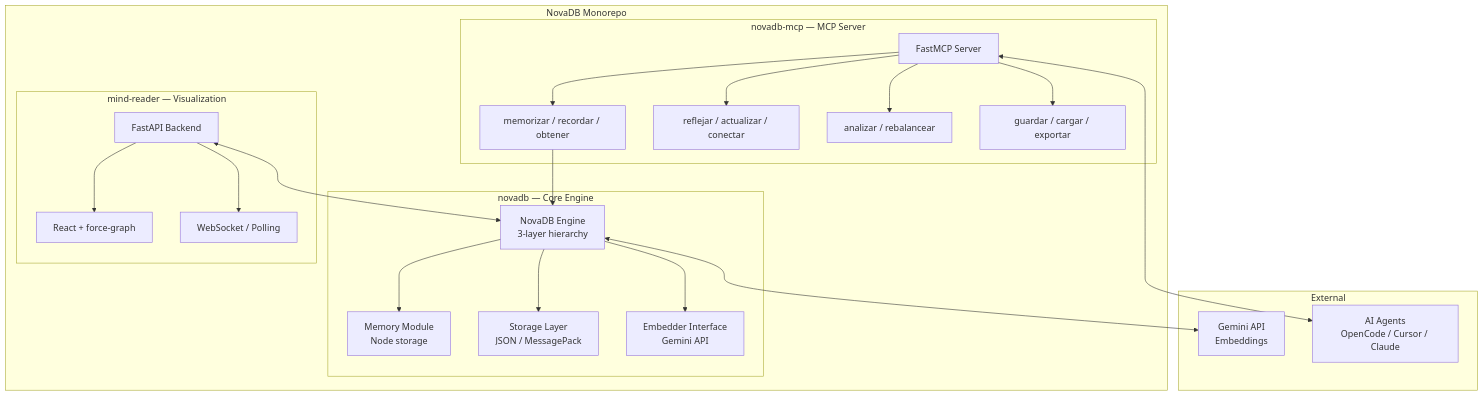
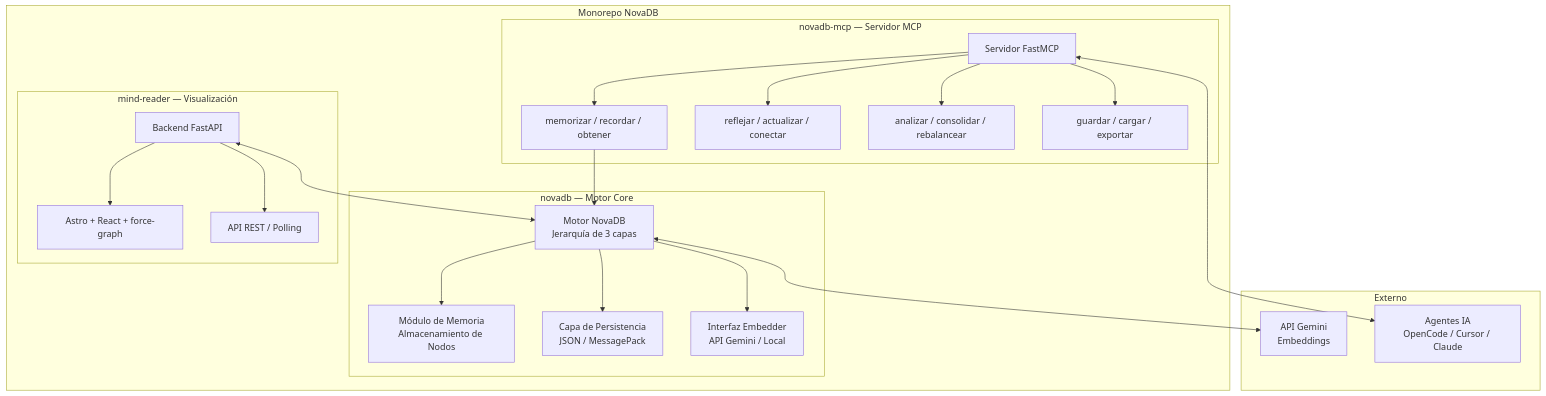
The first of 3 diagrams in docs/architecture.md (risaavedraf/NovaDB), drawn with Mermaid before and after one commit. The commit also changed other lines of this file and 8 other files, not shown here.

````diff
--- a/docs/architecture.md
+++ b/docs/architecture.md
@@ -5,44 +5,44 @@
 ```mermaid
 graph TB
-    subgraph "NovaDB Monorepo"
-        subgraph "novadb — Core Engine"
-            CORE[NovaDB Engine<br/>3-layer hierarchy]
-            MEM[Memory Module<br/>Node storage]
-            STORE[Storage Layer<br/>JSON / MessagePack]
-            EMBED[Embedder Interface<br/>Gemini API]
+    subgraph "Monorepo NovaDB"
+        subgraph "novadb — Motor Core"
+            CORE[Motor NovaDB<br/>Jerarquía de 3 capas]
+            MEM[Módulo de Memoria<br/>Almacenamiento de Nodos]
+            STORE[Capa de Persistencia<br/>JSON / MessagePack]
+            EMBED[Interfaz Embedder<br/>API Gemini / Local]
             CORE --> MEM
             CORE --> STORE
             CORE --> EMBED
         end
 
-        subgraph "novadb-mcp — MCP Server"
-            MCP[FastMCP Server]
+        subgraph "novadb-mcp — Servidor MCP"
+            MCP[Servidor FastMCP]
             TMEM[memorizar / recordar / obtener]
             TCTX[reflejar / actualizar / conectar]
-            TSYS[analizar / rebalancear]
+            TSYS[analizar / consolidar / rebalancear]
             TADM[guardar / cargar / exportar]
             MCP --> TMEM
             MCP --> TCTX
             MCP --> TSYS
             MCP --> TADM
         end
 
-        subgraph "mind-reader — Visualization"
-            API[FastAPI Backend]
-            WEB[React + force-graph]
-            SOCK[WebSocket / Polling]
+        subgraph "mind-reader — Visualización"
+            API[Backend FastAPI]
+            WEB[Astro + React + force-graph]
+            SOCK[API REST / Polling]
             API --> WEB
             API --> SOCK
         end
     end
 
-    subgraph "External"
-        GEM[Gemini API<br/>Embeddings]
-        AGENTS[AI Agents<br/>OpenCode / Cursor / Claude]
+    subgraph "Externo"
+        GEM[API Gemini<br/>Embeddings]
+        AGENTS[Agentes IA<br/>OpenCode / Cursor / Claude]
     end
 
     CORE <--> GEM
     MCP <--> AGENTS
     API <--> CORE
     TMEM --> CORE
 ```
````
